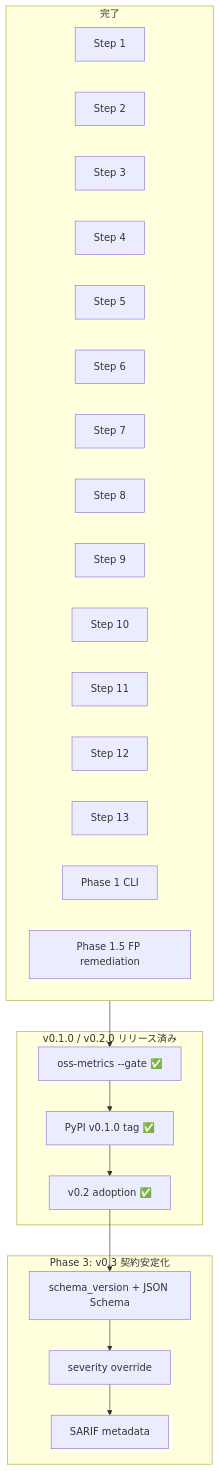
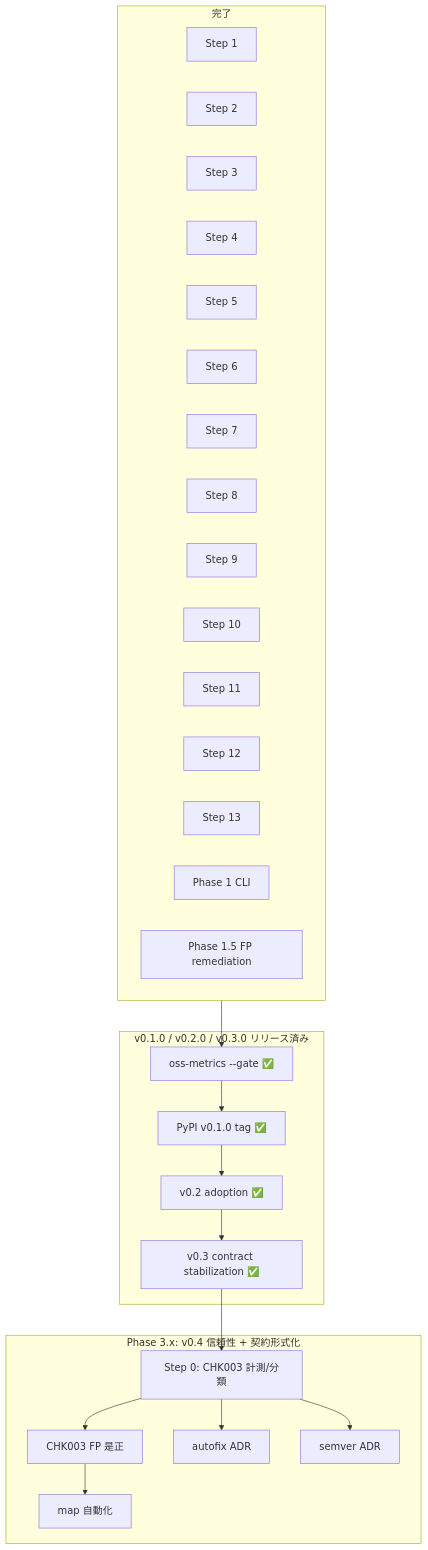
Before and after one commit to watany-dev/chokkin: the diagram in docs/dev/plans/README.md, drawn with Mermaid. The commit also changed other lines of this file and 1 other file, not shown here.

````diff
--- a/docs/dev/plans/README.md
+++ b/docs/dev/plans/README.md
@@ -42,39 +42,45 @@
 ```mermaid
 flowchart TB
   subgraph done [完了]
     S1[Step 1]
     S2[Step 2]
     S3[Step 3]
     S4[Step 4]
     S5[Step 5]
     S6[Step 6]
     S7[Step 7]
     S8[Step 8]
     S9[Step 9]
     S10[Step 10]
     S11[Step 11]
     S12[Step 12]
     S13[Step 13]
     P1[Phase 1 CLI]
     P15[Phase 1.5 FP remediation]
   end
 
-  subgraph released [v0.1.0 / v0.2.0 リリース済み]
+  subgraph released [v0.1.0 / v0.2.0 / v0.3.0 リリース済み]
     GATE[oss-metrics --gate ✅]
     TAG[PyPI v0.1.0 tag ✅]
     V02[v0.2 adoption ✅]
+    V03[v0.3 contract stabilization ✅]
   end
 
-  subgraph current [Phase 3: v0.3 契約安定化]
-    SCHEMA[schema_version + JSON Schema]
-    SEVERITY[severity override]
-    SARIF[SARIF metadata]
+  subgraph current [Phase 3.x: v0.4 信頼性 + 契約形式化]
+    CHK003[Step 0: CHK003 計測/分類]
+    A1[CHK003 FP 是正]
+    A2[map 自動化]
+    B1[autofix ADR]
+    B2[semver ADR]
   end
 
   done --> GATE
   GATE --> TAG
   TAG --> V02
-  V02 --> SCHEMA
-  SCHEMA --> SEVERITY
-  SEVERITY --> SARIF
+  V02 --> V03
+  V03 --> CHK003
+  CHK003 --> A1
+  CHK003 --> B1
+  A1 --> A2
+  CHK003 --> B2
 ```
````
